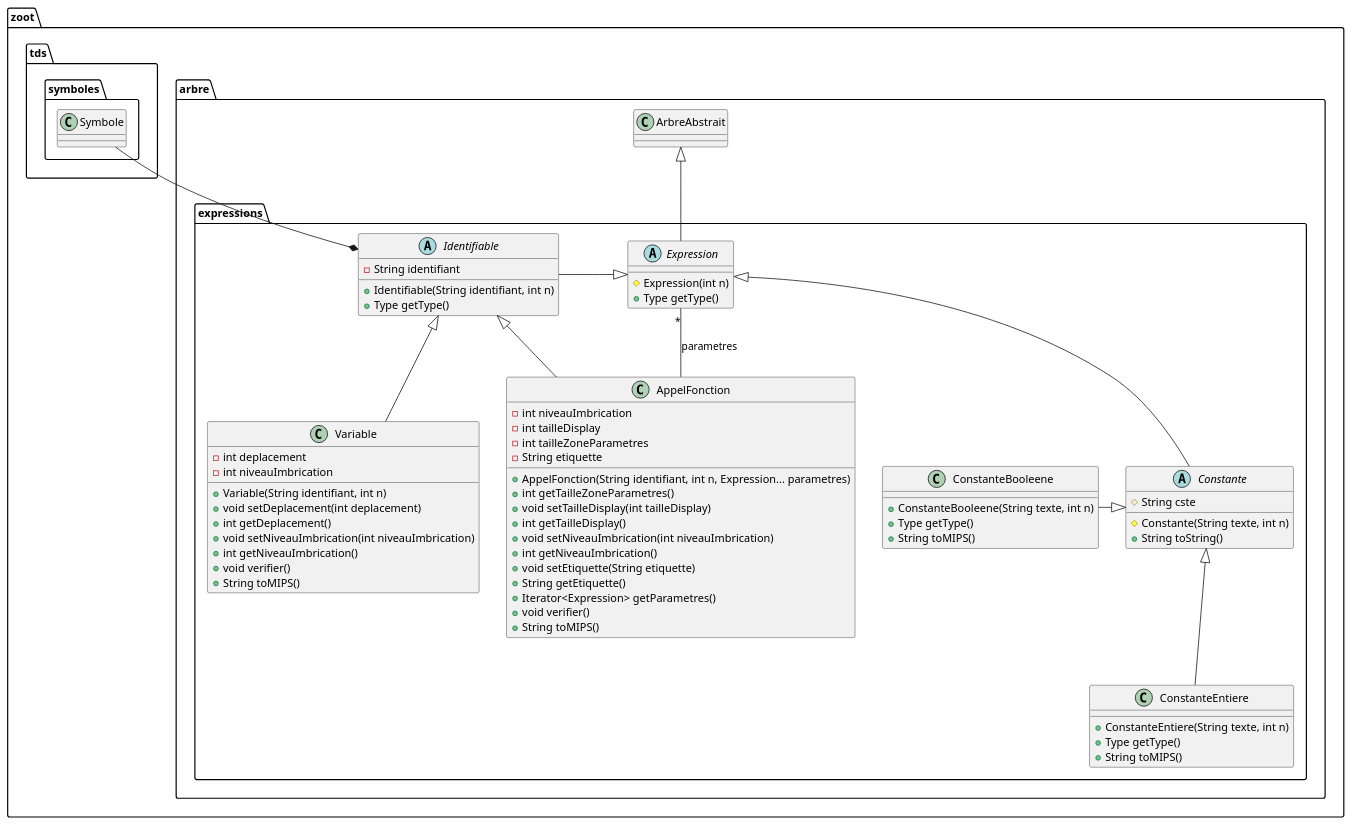
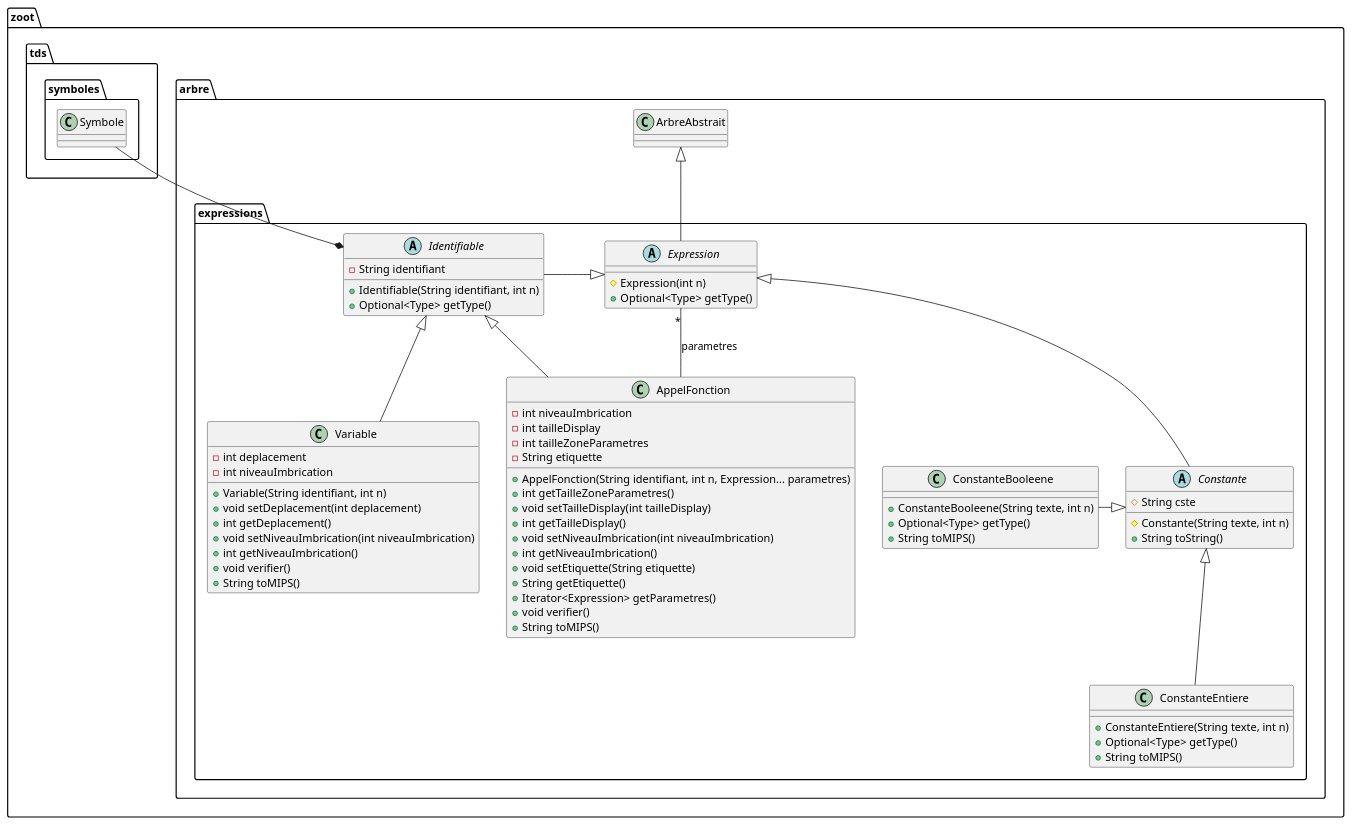
One commit to lmtb06/zoot changed the diagram in diagrammes/classe/expressions.puml. Above: the diagram before and after it, drawn with PlantUML. The commit also changed 1 other file, not shown here.

Commit message:
Mise à jour du diagramme de classes
# Détails:
 - Les fonctions getType() de Expression et de ses sous classes ainsi que Retourne ne renvoient plus des Type mais des Optional<Type> pour eviter d'avoir des null pointer exceptions quand on retrouve pas le symbole de l'expression, par exemple lors d'un affectation avec une variable qui n'a pas été déclarée.

```diff
--- a/diagrammes/classe/expressions.puml
+++ b/diagrammes/classe/expressions.puml
@@ -1,75 +1,75 @@
 @startuml "Package expressions"
 namespace zoot.arbre.expressions {
     ' Includes
     ' Classes
     abstract class Expression {
         # Expression(int n)
-        + Type getType()
+        + Optional<Type> getType()
     }
 
     abstract class Constante {
         # String cste
         # Constante(String texte, int n)
         + String toString()
     }
 
     class ConstanteEntiere {
         + ConstanteEntiere(String texte, int n)
-        + Type getType()
+        + Optional<Type> getType()
         + String toMIPS()
     }
 
     class ConstanteBooleene {
         + ConstanteBooleene(String texte, int n)
-        + Type getType()
+        + Optional<Type> getType()
         + String toMIPS()
 
     }
 
     abstract class Identifiable {
         - String identifiant
         + Identifiable(String identifiant, int n)
-        + Type getType()
+        + Optional<Type> getType()
     }
 
     class Variable {
         - int deplacement
         - int niveauImbrication
         + Variable(String identifiant, int n)
         + void setDeplacement(int deplacement)
         + int getDeplacement()
         + void setNiveauImbrication(int niveauImbrication)
         + int getNiveauImbrication()
         + void verifier()
         + String toMIPS()
     }
 
     class AppelFonction {
         - int niveauImbrication
         - int tailleDisplay
         - int tailleZoneParametres
         - String etiquette
         + AppelFonction(String identifiant, int n, Expression... parametres)
         + int getTailleZoneParametres()
         + void setTailleDisplay(int tailleDisplay)
         + int getTailleDisplay()
         + void setNiveauImbrication(int niveauImbrication)
         + int getNiveauImbrication()
         + void setEtiquette(String etiquette)
         + String getEtiquette()
         + Iterator<Expression> getParametres()
         + void verifier()
         + String toMIPS()
     }
     ' Relations entre les classes
     Expression -up-|> zoot.arbre.ArbreAbstrait
     Constante -up-|> Expression
     ConstanteEntiere -up-|> Constante
     ConstanteBooleene -right-|> Constante
     Identifiable *-up- zoot.tds.symboles.Symbole
     Identifiable -left-|> Expression
     Variable -up-|> Identifiable
     AppelFonction -left-|> Identifiable
     AppelFonction --"*" Expression : parametres
 }
 @enduml
```
